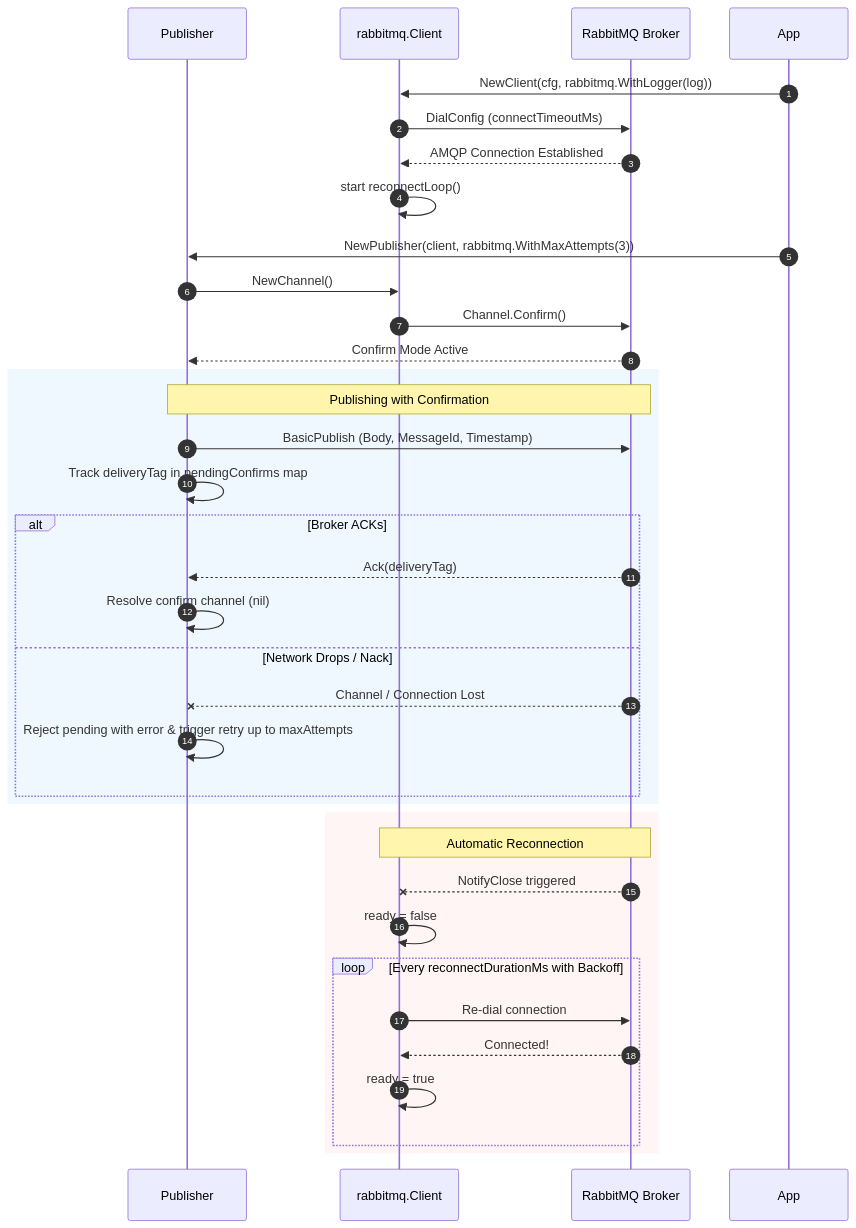
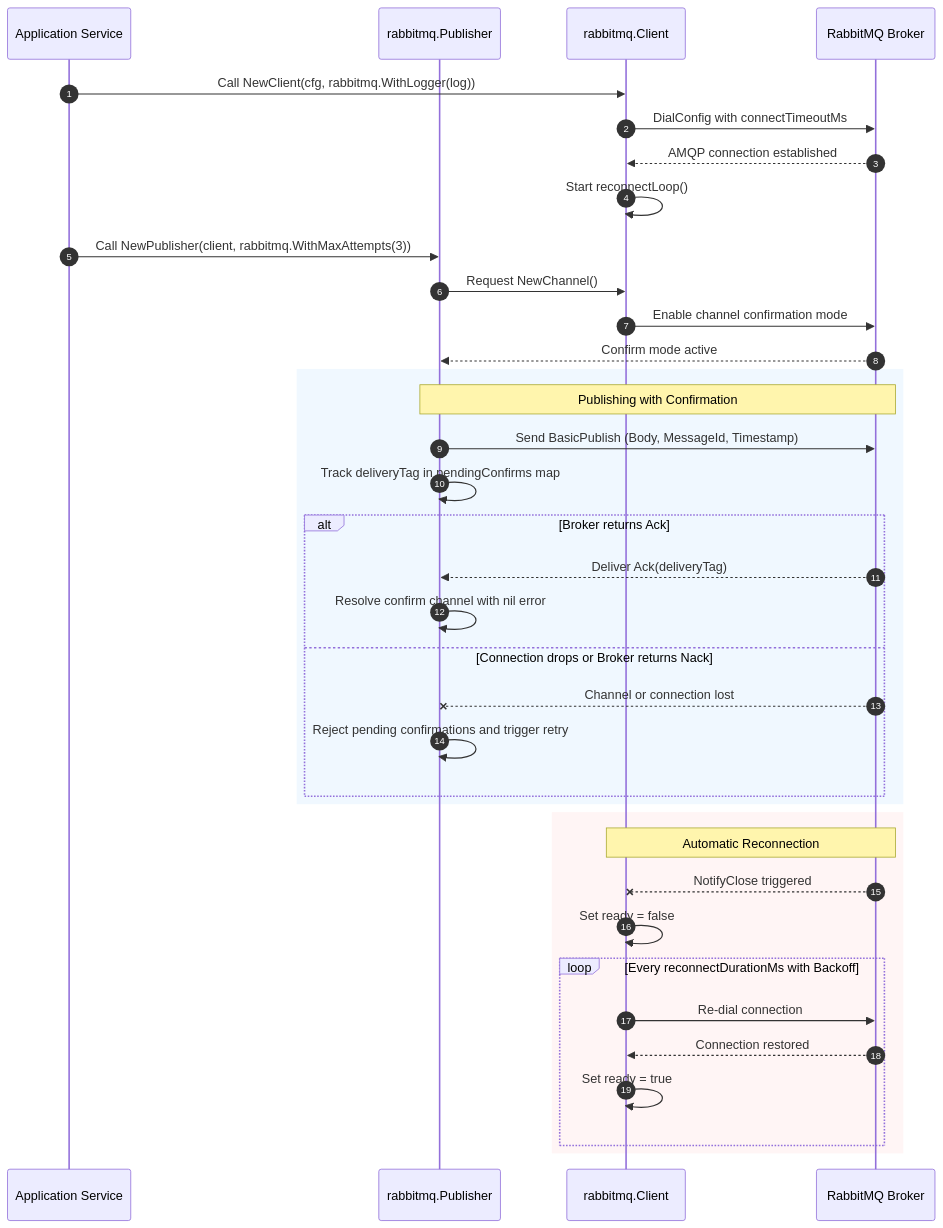
One commit to Jkenyut/nvx-go-driver changed the third of 3 diagrams in ARCHITECTURE.md. Above: the diagram before and after it, drawn with Mermaid. The commit also changed other lines of this file and 10 other files, not shown here.

````diff
--- a/ARCHITECTURE.md
+++ b/ARCHITECTURE.md
@@ -99,41 +105,42 @@
 ```mermaid
 sequenceDiagram
     autonumber
-    participant Pub as Publisher
+    participant App as Application Service
+    participant Pub as rabbitmq.Publisher
     participant Client as rabbitmq.Client
     participant Broker as RabbitMQ Broker
 
-    App->>Client: NewClient(cfg, rabbitmq.WithLogger(log))
-    Client->>Broker: DialConfig (connectTimeoutMs)
-    Broker-->>Client: AMQP Connection Established
-    Client->>Client: start reconnectLoop()
+    App->>Client: Call NewClient(cfg, rabbitmq.WithLogger(log))
+    Client->>Broker: DialConfig with connectTimeoutMs
+    Broker-->>Client: AMQP connection established
+    Client->>Client: Start reconnectLoop()
 
-    App->>Pub: NewPublisher(client, rabbitmq.WithMaxAttempts(3))
-    Pub->>Client: NewChannel()
-    Client->>Broker: Channel.Confirm()
-    Broker-->>Pub: Confirm Mode Active
+    App->>Pub: Call NewPublisher(client, rabbitmq.WithMaxAttempts(3))
+    Pub->>Client: Request NewChannel()
+    Client->>Broker: Enable channel confirmation mode
+    Broker-->>Pub: Confirm mode active
 
     rect rgb(240, 248, 255)
     Note over Pub,Broker: Publishing with Confirmation
-    Pub->>Broker: BasicPublish (Body, MessageId, Timestamp)
+    Pub->>Broker: Send BasicPublish (Body, MessageId, Timestamp)
     Pub->>Pub: Track deliveryTag in pendingConfirms map
-    alt Broker ACKs
-        Broker-->>Pub: Ack(deliveryTag)
-        Pub->>Pub: Resolve confirm channel (nil)
-    else Network Drops / Nack
-        Broker--xPub: Channel / Connection Lost
-        Pub->>Pub: Reject pending with error & trigger retry up to maxAttempts
+    alt Broker returns Ack
+        Broker-->>Pub: Deliver Ack(deliveryTag)
+        Pub->>Pub: Resolve confirm channel with nil error
+    else Connection drops or Broker returns Nack
+        Broker--xPub: Channel or connection lost
+        Pub->>Pub: Reject pending confirmations and trigger retry
     end
     end
 
     rect rgb(255, 245, 245)
     Note over Client,Broker: Automatic Reconnection
     Broker--xClient: NotifyClose triggered
-    Client->>Client: ready = false
+    Client->>Client: Set ready = false
     loop Every reconnectDurationMs with Backoff
         Client->>Broker: Re-dial connection
-        Broker-->>Client: Connected!
-        Client->>Client: ready = true
+        Broker-->>Client: Connection restored
+        Client->>Client: Set ready = true
     end
     end
 ```
````
